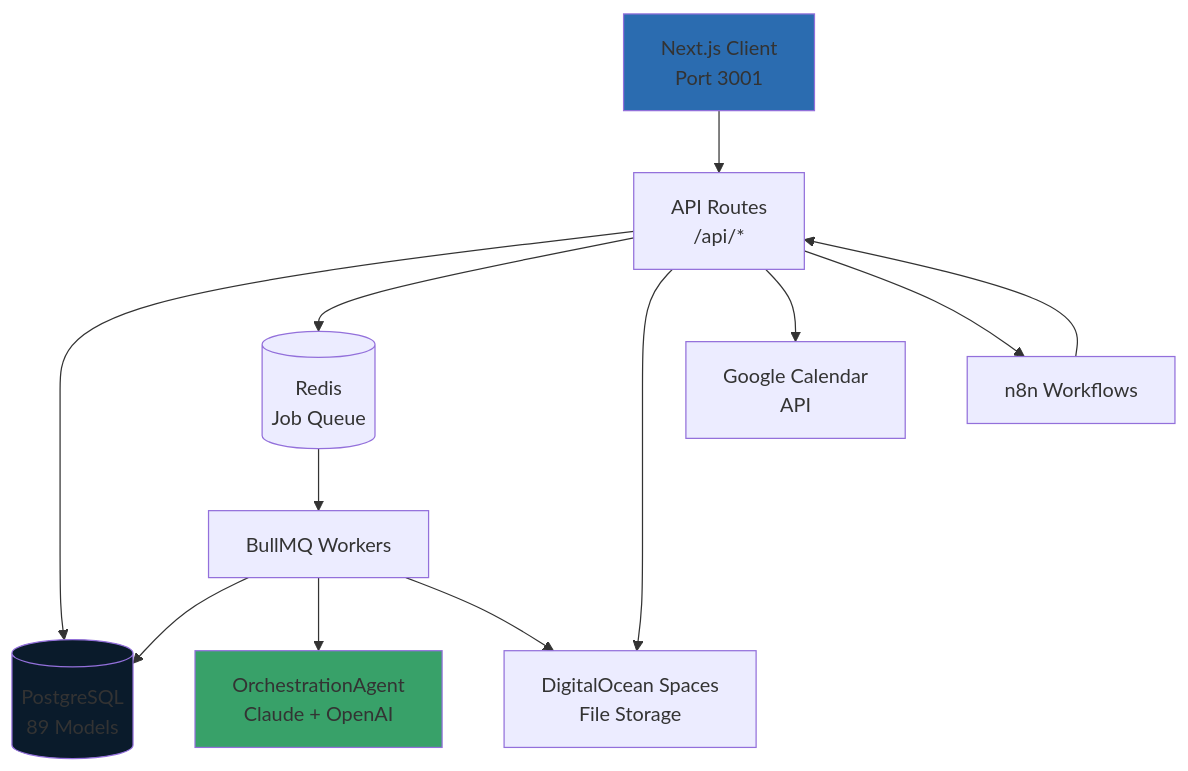
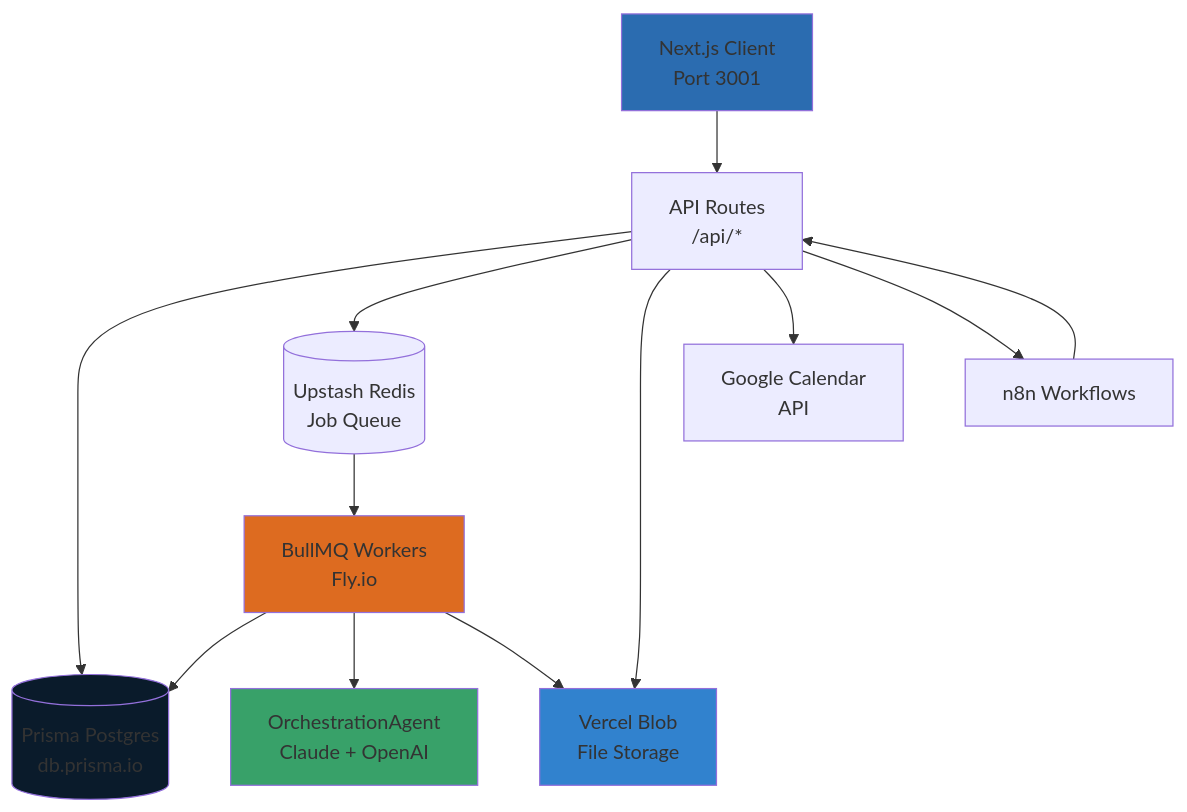
The diagram in README.md (astralisone/astralis-nextjs), drawn with Mermaid before and after one commit. The commit also changed other lines of this file and 3 other files, not shown here.

First line of the commit message:
docs: Update documentation for Vercel/Fly.io migration

````diff
--- a/README.md
+++ b/README.md
@@ -88,28 +88,30 @@
 ```mermaid
 graph TB
     Client[Next.js Client<br/>Port 3001]
     API[API Routes<br/>/api/*]
-    DB[(PostgreSQL<br/>89 Models)]
-    Redis[(Redis<br/>Job Queue)]
-    Workers[BullMQ Workers]
+    DB[(Prisma Postgres<br/>db.prisma.io)]
+    Redis[(Upstash Redis<br/>Job Queue)]
+    Workers[BullMQ Workers<br/>Fly.io]
     OA[OrchestrationAgent<br/>Claude + OpenAI]
     N8N[n8n Workflows]
-    Spaces[DigitalOcean Spaces<br/>File Storage]
+    Blob[Vercel Blob<br/>File Storage]
     GCal[Google Calendar<br/>API]
 
     Client --> API
     API --> DB
     API --> Redis
-    API --> Spaces
+    API --> Blob
     API --> GCal
     Redis --> Workers
     Workers --> DB
     Workers --> OA
-    Workers --> Spaces
+    Workers --> Blob
     API --> N8N
     N8N --> API
 
     style Client fill:#2B6CB0
     style DB fill:#0A1B2B
     style OA fill:#38A169
+    style Workers fill:#DD6B20
+    style Blob fill:#3182CE
 ```
````
